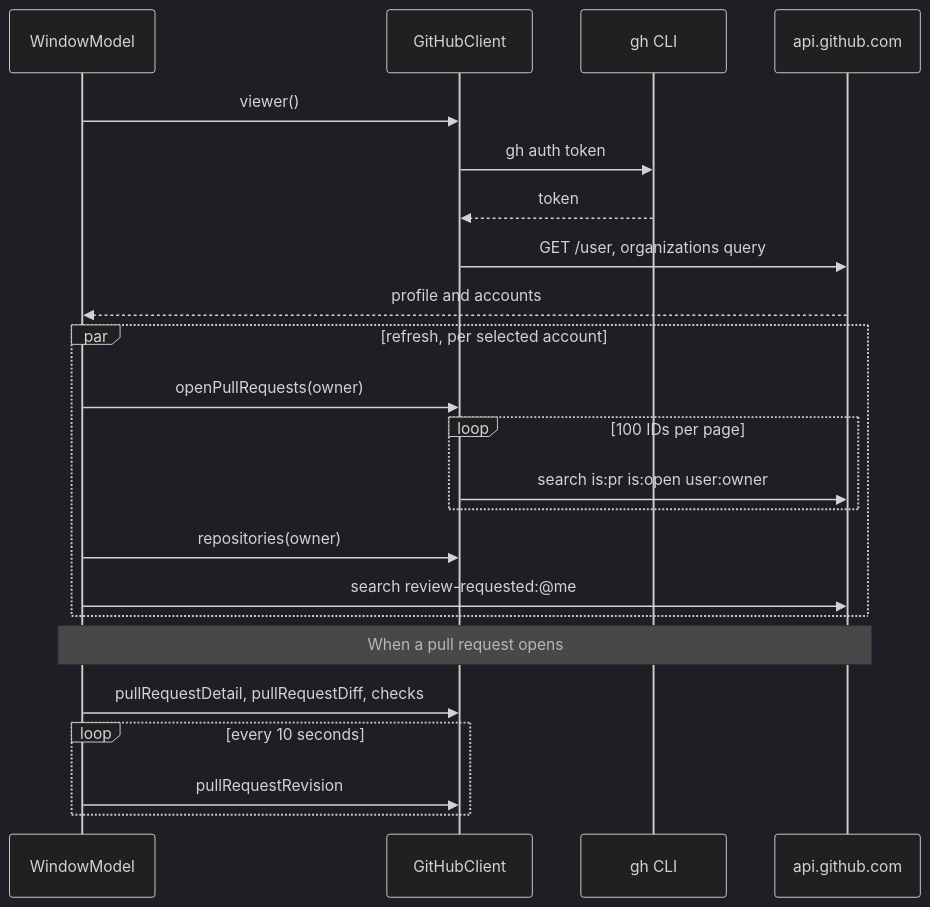
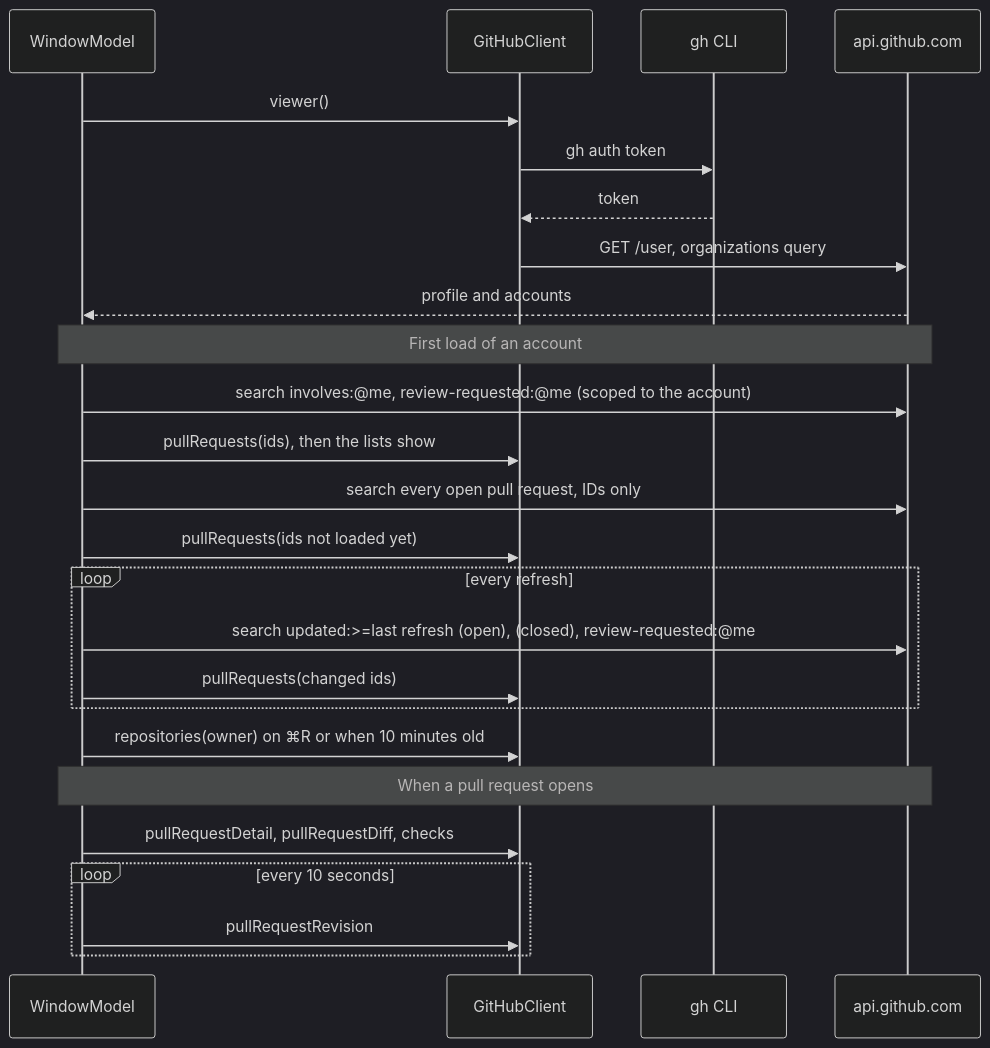
The diagram in plans/github.md (bojanrajkovic/hermes), drawn with Mermaid (dark theme) before and after one commit. The commit also changed other lines of this file and 19 other files, not shown here.

First line of the commit message:
Refresh only what changed, and ask where checkouts live on first run

````diff
--- a/plans/github.md
+++ b/plans/github.md
@@ -41,28 +41,31 @@
 ```mermaid
 sequenceDiagram
     participant App as WindowModel
     participant C as GitHubClient
     participant gh as gh CLI
     participant API as api.github.com
 
     App->>C: viewer()
     C->>gh: gh auth token
     gh-->>C: token
     C->>API: GET /user, organizations query
     API-->>App: profile and accounts
 
-    par refresh, per selected account
-        App->>C: openPullRequests(owner)
-        loop 100 IDs per page
-            C->>API: search is:pr is:open user:owner
-        end
-        App->>C: repositories(owner)
-        App->>API: search review-requested:@me
+    Note over App,API: First load of an account
+    App->>API: search involves:@me, review-requested:@me (scoped to the account)
+    App->>C: pullRequests(ids), then the lists show
+    App->>API: search every open pull request, IDs only
+    App->>C: pullRequests(ids not loaded yet)
+
+    loop every refresh
+        App->>API: search updated:>=last refresh (open), (closed), review-requested:@me
+        App->>C: pullRequests(changed ids)
     end
+    App->>C: repositories(owner) on ⌘R or when 10 minutes old
 
     Note over App,API: When a pull request opens
     App->>C: pullRequestDetail, pullRequestDiff, checks
     loop every 10 seconds
         App->>C: pullRequestRevision
     end
 ```
````
